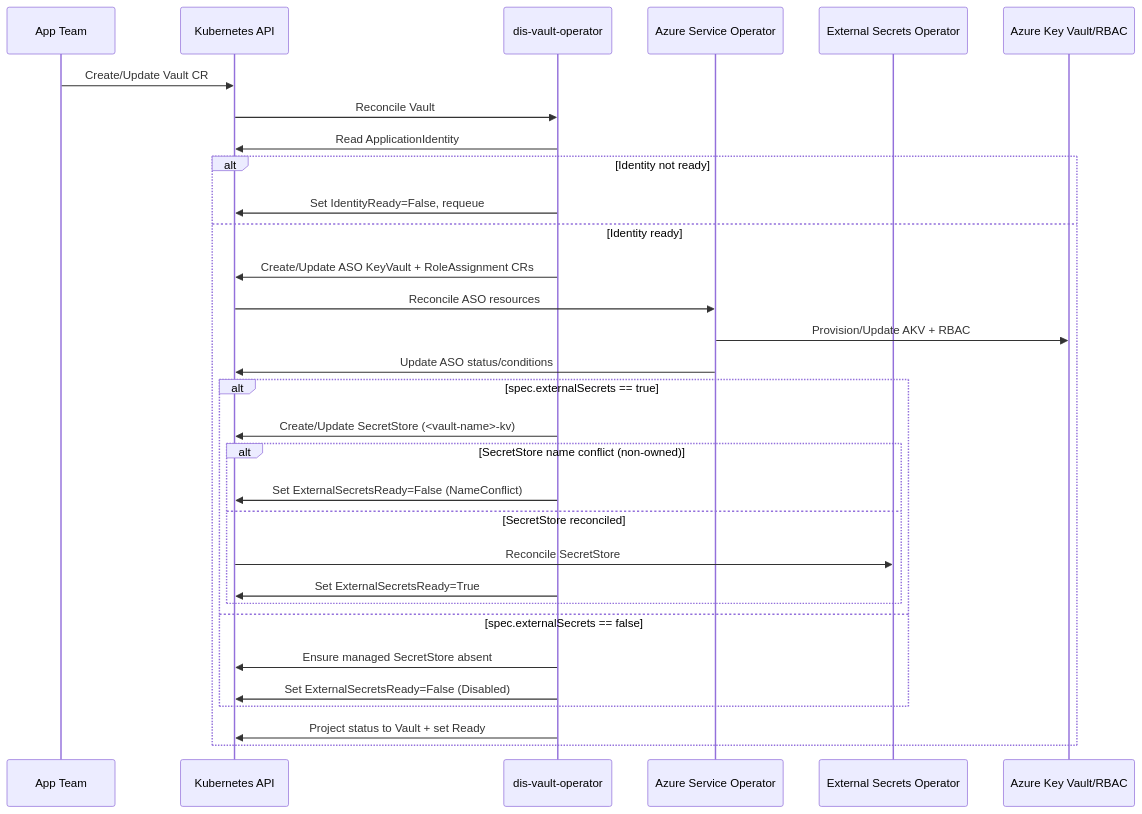
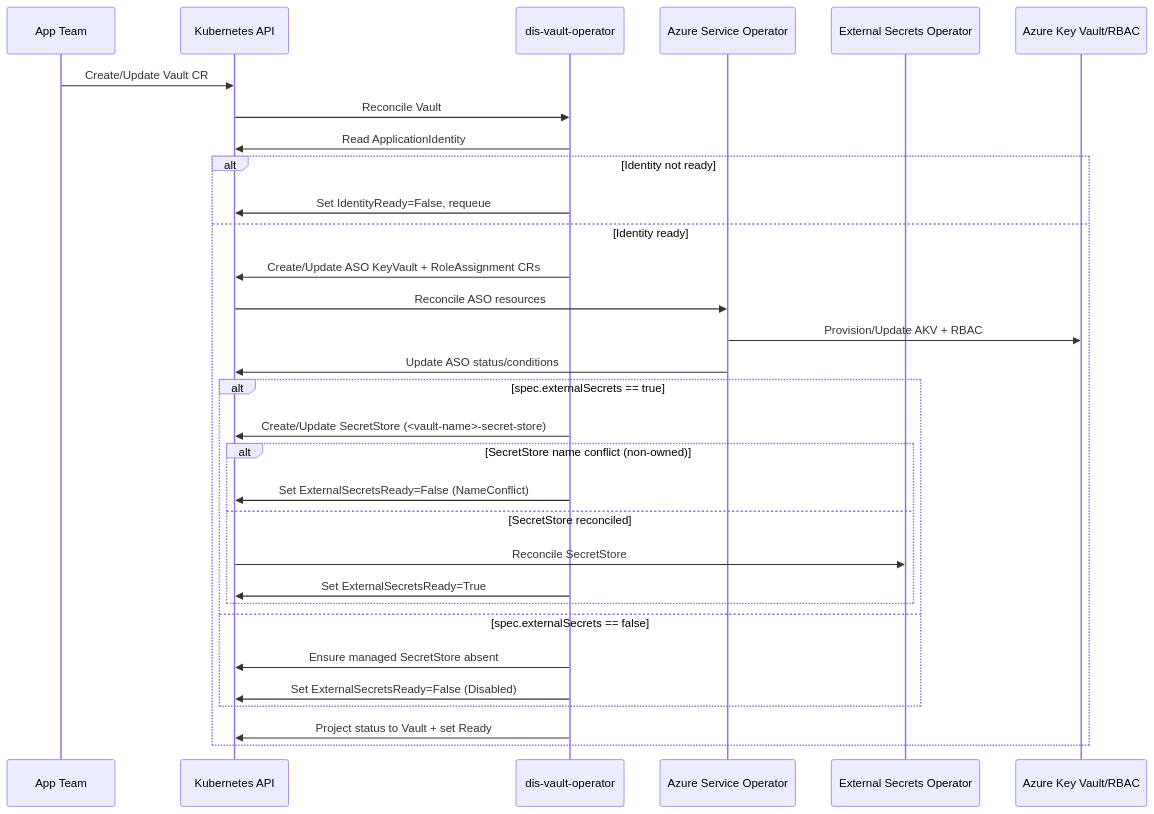
One commit to Altinn/altinn-platform changed the diagram in rfcs/0009-self-service-key-vault.md. Above: the diagram before and after it, drawn with Mermaid. The commit also changed other lines of this file, not shown here.

Commit message:
update name of secret stores

````diff
--- a/rfcs/0009-self-service-key-vault.md
+++ b/rfcs/0009-self-service-key-vault.md
@@ -189,34 +189,34 @@
 ```mermaid
 sequenceDiagram
 participant dev as App Team
 participant kapi as Kubernetes API
 participant vaultop as dis-vault-operator
 participant aso as Azure Service Operator
 participant eso as External Secrets Operator
 participant azure as Azure Key Vault/RBAC
 
 dev->>kapi: Create/Update Vault CR
 kapi->>vaultop: Reconcile Vault
 vaultop->>kapi: Read ApplicationIdentity
 alt Identity not ready
   vaultop->>kapi: Set IdentityReady=False, requeue
 else Identity ready
   vaultop->>kapi: Create/Update ASO KeyVault + RoleAssignment CRs
   kapi->>aso: Reconcile ASO resources
   aso->>azure: Provision/Update AKV + RBAC
   aso->>kapi: Update ASO status/conditions
   alt spec.externalSecrets == true
-    vaultop->>kapi: Create/Update SecretStore (<vault-name>-kv)
+    vaultop->>kapi: Create/Update SecretStore (<vault-name>-secret-store)
     alt SecretStore name conflict (non-owned)
       vaultop->>kapi: Set ExternalSecretsReady=False (NameConflict)
     else SecretStore reconciled
       kapi->>eso: Reconcile SecretStore
       vaultop->>kapi: Set ExternalSecretsReady=True
     end
   else spec.externalSecrets == false
     vaultop->>kapi: Ensure managed SecretStore absent
     vaultop->>kapi: Set ExternalSecretsReady=False (Disabled)
   end
   vaultop->>kapi: Project status to Vault + set Ready
 end
 ```
````
